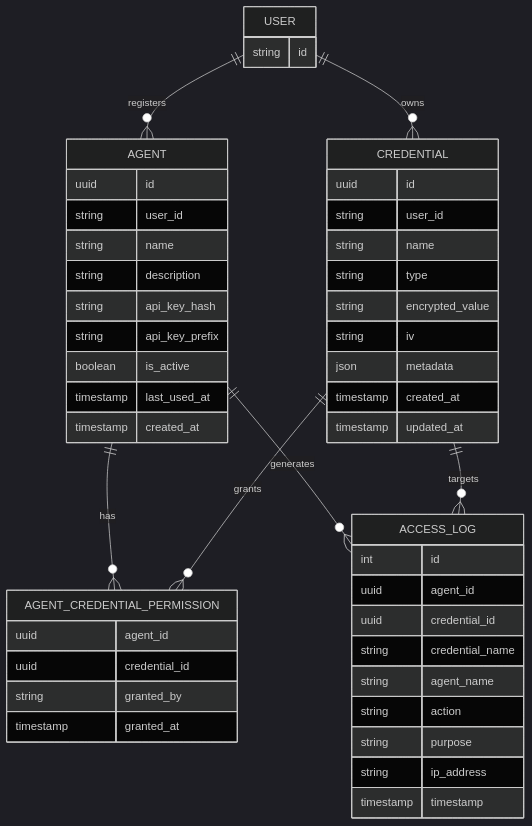
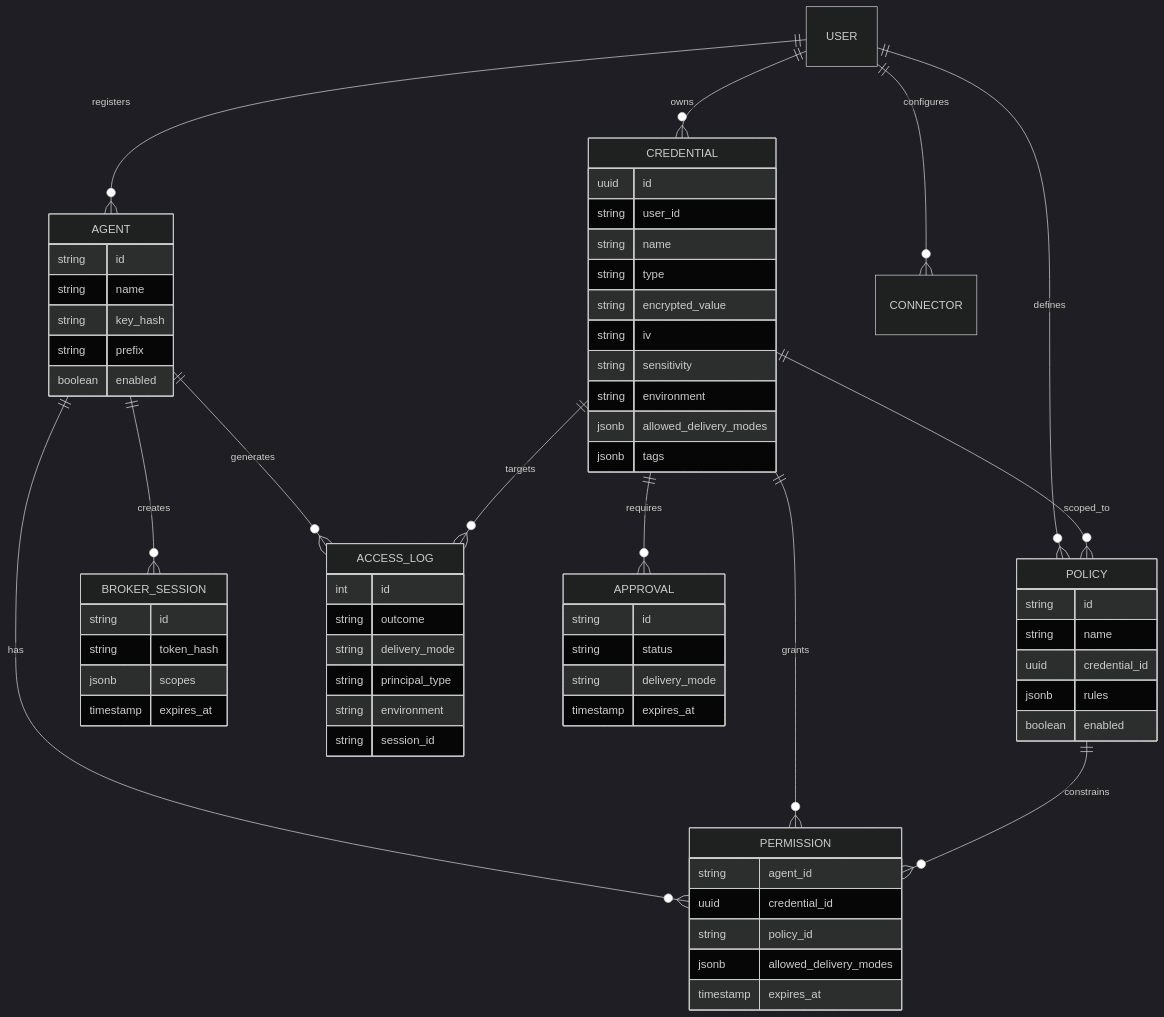
One commit to punitarani/abadge changed the second of 5 diagrams in docs/ARCHITECTURE.md. Above: the diagram before and after it, drawn with Mermaid (dark theme). The commit also changed other lines of this file and 98 other files, not shown here.

First line of the commit message:
v2: Agent credential firewall and runtime access layer

````diff
--- a/docs/ARCHITECTURE.md
+++ b/docs/ARCHITECTURE.md
@@ -82,56 +102,75 @@
 ```mermaid
 erDiagram
   USER ||--o{ CREDENTIAL : owns
   USER ||--o{ AGENT : registers
-  AGENT ||--o{ AGENT_CREDENTIAL_PERMISSION : has
-  CREDENTIAL ||--o{ AGENT_CREDENTIAL_PERMISSION : grants
+  USER ||--o{ POLICY : defines
+  USER ||--o{ CONNECTOR : configures
+  AGENT ||--o{ PERMISSION : has
+  CREDENTIAL ||--o{ PERMISSION : grants
+  POLICY ||--o{ PERMISSION : constrains
+  CREDENTIAL ||--o{ POLICY : scoped_to
+  AGENT ||--o{ BROKER_SESSION : creates
   AGENT ||--o{ ACCESS_LOG : generates
   CREDENTIAL ||--o{ ACCESS_LOG : targets
-
-  USER {
-    string id
-  }
+  CREDENTIAL ||--o{ APPROVAL : requires
 
   CREDENTIAL {
     uuid id
     string user_id
     string name
     string type
     string encrypted_value
     string iv
-    json metadata
-    timestamp created_at
-    timestamp updated_at
+    string sensitivity
+    string environment
+    jsonb allowed_delivery_modes
+    jsonb tags
   }
 
   AGENT {
-    uuid id
-    string user_id
+    string id
     string name
-    string description
-    string api_key_hash
-    string api_key_prefix
-    boolean is_active
-    timestamp last_used_at
-    timestamp created_at
+    string key_hash
+    string prefix
+    boolean enabled
   }
 
-  AGENT_CREDENTIAL_PERMISSION {
-    uuid agent_id
+  PERMISSION {
+    string agent_id
     uuid credential_id
-    string granted_by
-    timestamp granted_at
+    string policy_id
+    jsonb allowed_delivery_modes
+    timestamp expires_at
+  }
+
+  POLICY {
+    string id
+    string name
+    uuid credential_id
+    jsonb rules
+    boolean enabled
+  }
+
+  APPROVAL {
+    string id
+    string status
+    string delivery_mode
+    timestamp expires_at
+  }
+
+  BROKER_SESSION {
+    string id
+    string token_hash
+    jsonb scopes
+    timestamp expires_at
   }
 
   ACCESS_LOG {
     int id
-    uuid agent_id
-    uuid credential_id
-    string credential_name
-    string agent_name
-    string action
-    string purpose
-    string ip_address
-    timestamp timestamp
+    string outcome
+    string delivery_mode
+    string principal_type
+    string environment
+    string session_id
   }
 ```
````
